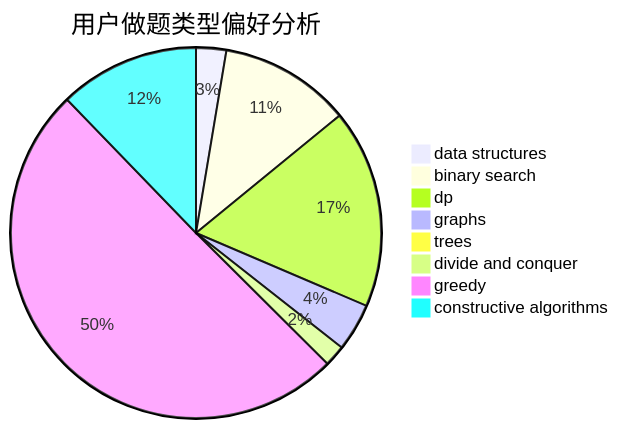
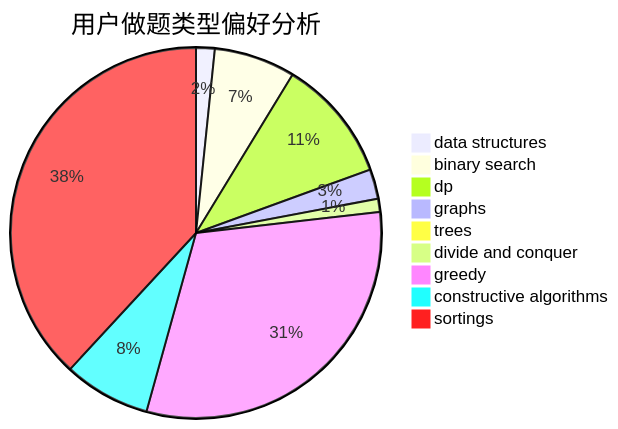
One commit to sherpahu/cfrs.github.io changed the second of 3 diagrams in docs/user/u173.md. Above: the diagram before and after it, drawn with Mermaid. The commit also changed other lines of this file and 2769 other files, not shown here.

````diff
--- a/docs/user/u173.md
+++ b/docs/user/u173.md
@@ -23,11 +18,12 @@
 ```mermaid
 pie title 用户做题类型偏好分析
     "data structures" :  17
     "binary search" :  74
     "dp" :  112
     "graphs" :  27
     "trees" :  0
     "divide and conquer" :  12
     "greedy" :  325
     "constructive algorithms" :  79
+    "sortings" :  398
 ```
````
